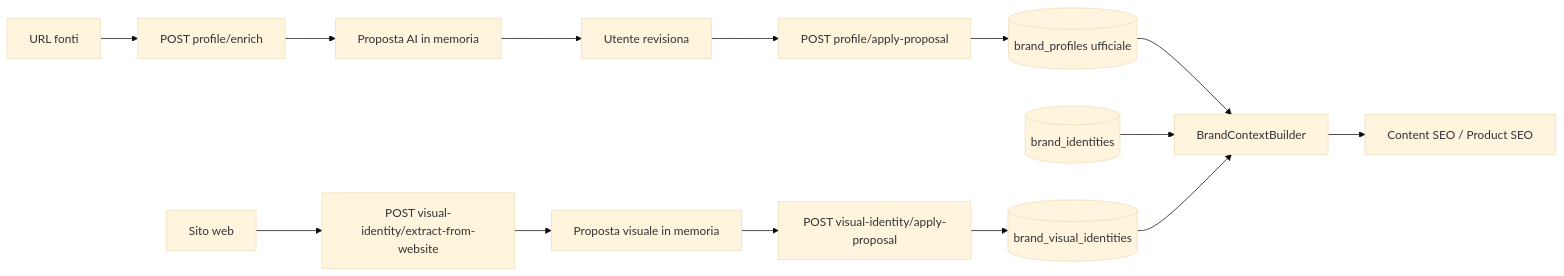
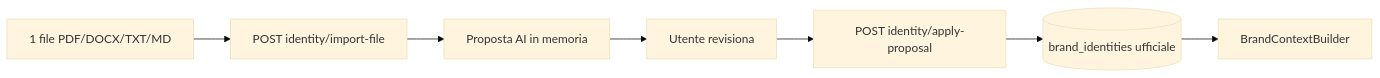
The diagram in docs/brand-intelligence.md (Rccard92/growth-control-room), drawn with Mermaid (base theme) before and after one commit. The commit also changed other lines of this file and 18 other files, not shown here.

Commit message:
Add single-file Brand Identity import

````diff
--- a/docs/brand-intelligence.md
+++ b/docs/brand-intelligence.md
@@ -16,16 +16,9 @@
 ```mermaid
 flowchart LR
-  Fonti[URL fonti] --> Enrich[POST profile/enrich]
-  Enrich --> Preview[Proposta AI in memoria]
+  File[1 file PDF/DOCX/TXT/MD] --> Import[POST identity/import-file]
+  Import --> Preview[Proposta AI in memoria]
   Preview --> Review[Utente revisiona]
-  Review --> Apply[POST profile/apply-proposal]
-  Apply --> Official[(brand_profiles ufficiale)]
-  Sito[Sito web] --> VExtract[POST visual-identity/extract-from-website]
-  VExtract --> VPreview[Proposta visuale in memoria]
-  VPreview --> VApply[POST visual-identity/apply-proposal]
-  VApply --> VisualDB[(brand_visual_identities)]
+  Review --> Apply[POST identity/apply-proposal]
+  Apply --> Official[(brand_identities ufficiale)]
   Official --> CTX[BrandContextBuilder]
-  IdentityDB[(brand_identities)] --> CTX
-  VisualDB --> CTX
-  CTX --> SEO[Content SEO / Product SEO]
 ```
````
